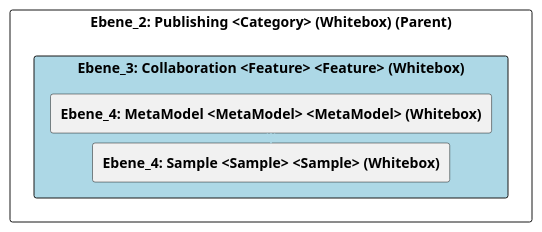
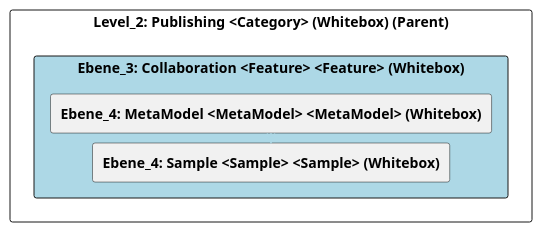
The diagram in doc/cleonproject_deliverables_architecture_model_architecture/adoc/de/05_bausteinsicht/cleon/publishing/collaboration/ebene_3_collaboration.adoc (marcozwyssig/cleon), drawn with PlantUML before and after one commit. The commit also changed other lines of this file and 169 other files, not shown here.

```diff
--- a/doc/cleonproject_deliverables_architecture_model_architecture/adoc/de/05_bausteinsicht/cleon/publishing/collaboration/ebene_3_collaboration.adoc
+++ b/doc/cleonproject_deliverables_architecture_model_architecture/adoc/de/05_bausteinsicht/cleon/publishing/collaboration/ebene_3_collaboration.adoc
@@ -20,28 +20,28 @@
 [plantuml, Ebene_3: Collaboration <Feature> <Feature> (Whitebox)BlockOverview, format="svg"]
 ----
 @startuml Ebene_3: Collaboration <Feature> <Feature> (Whitebox)BuildingBlockOverview
 
 skinparam ranksep 10
 skinparam componentStyle rectangle
 skinparam shadowing false
 skinparam arrowColor lightblue
 skinparam arrowThickness 1.2
 skinparam rectangle {
   BackgroundColor White
   BorderColor #333
   RoundCorner 10
 }
 top to bottom direction
 
-component "Ebene_2: Publishing <Category> (Whitebox) (Parent)" {
+component "Level_2: Publishing <Category> (Whitebox) (Parent)" {
     component "Ebene_3: Collaboration <Feature> <Feature> (Whitebox)" #lightblue {
         [**Ebene_4: MetaModel <MetaModel> <MetaModel> (Whitebox)**] as 4A56DE41_D579_11EE_903E_9F564E4DE07E
         [**Ebene_4: Sample <Sample> <Sample> (Whitebox)**] as 4A56DE45_D579_11EE_903E_9F564E4DE07E
     }
 
     4A56DE41_D579_11EE_903E_9F564E4DE07E -down-> 4A56DE45_D579_11EE_903E_9F564E4DE07E
     
 }
 
 @enduml
 ----
```
